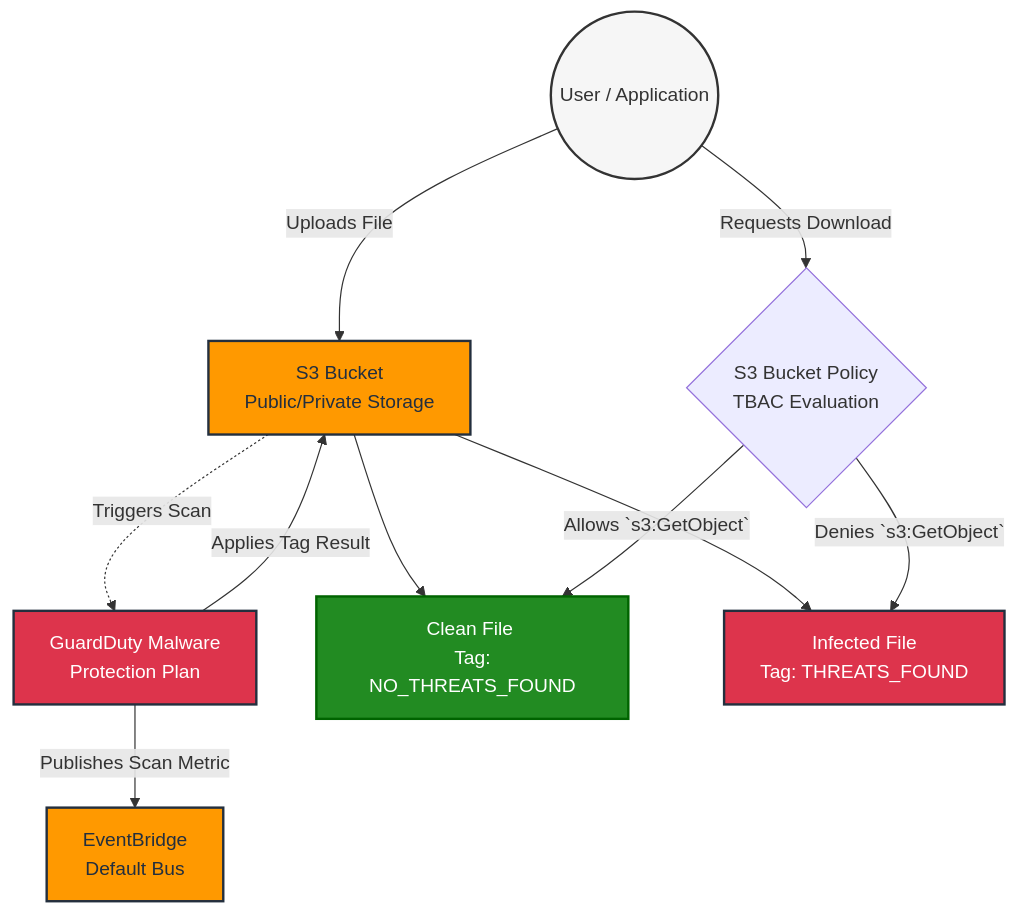
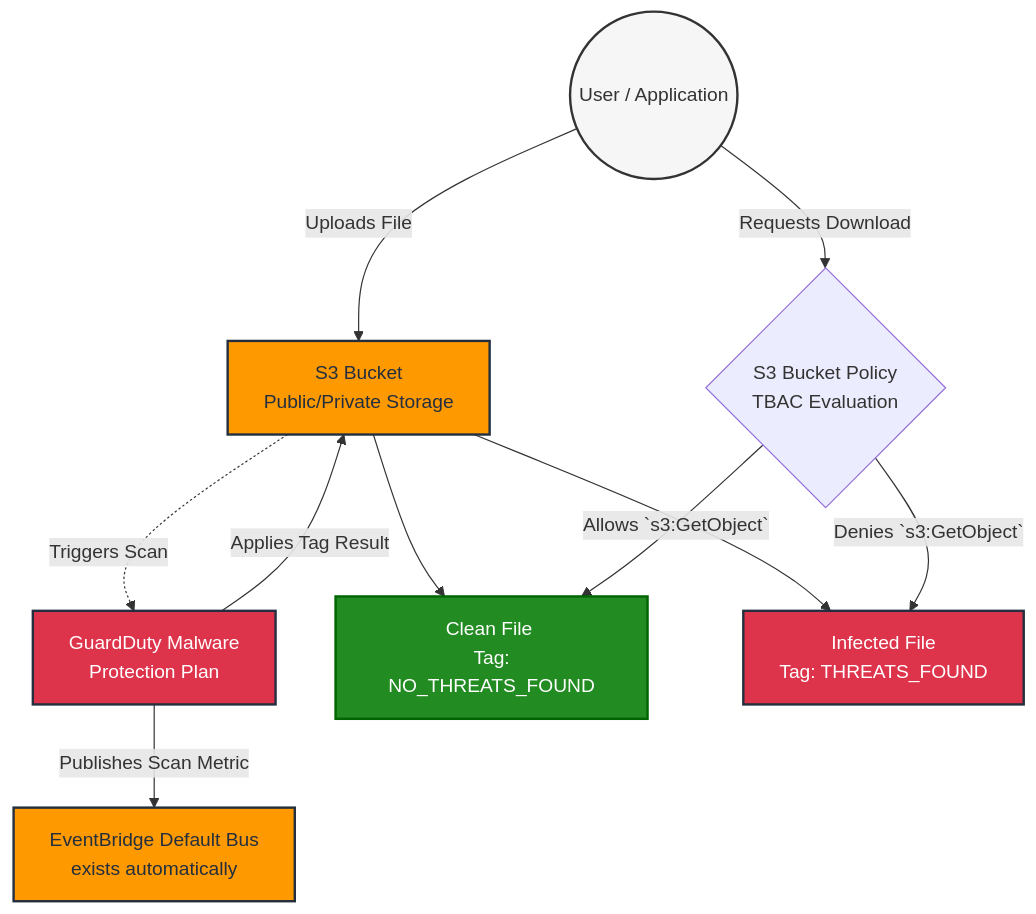
One commit to dbl-works/terraform changed the seventh of 7 diagrams in aws/architecture.md. Above: the diagram before and after it, drawn with Mermaid. The commit also changed 1 other file, not shown here.

````diff
--- a/aws/architecture.md
+++ b/aws/architecture.md
@@ -265,30 +265,30 @@
 ```mermaid
 flowchart TD
     classDef aws fill:#FF9900,stroke:#232F3E,stroke-width:2px,color:#232F3E;
     classDef external fill:#f6f6f6,stroke:#333,stroke-width:2px;
     classDef security fill:#DD344C,stroke:#232F3E,stroke-width:2px,color:#fff;
     classDef clean fill:#228B22,stroke:#006400,stroke-width:2px,color:#fff;
 
     User((User / Application)):::external
     S3[S3 Bucket <br/> Public/Private Storage]:::aws
     
     GD[GuardDuty Malware <br/> Protection Plan]:::security
-    EventBus[EventBridge <br/> Default Bus]:::aws
+    EventBus[EventBridge Default Bus <br/> exists automatically]:::aws
     
     TBAC{S3 Bucket Policy <br/> TBAC Evaluation}
     CleanFile[Clean File <br/> Tag: NO_THREATS_FOUND]:::clean
     InfectedFile[Infected File <br/> Tag: THREATS_FOUND]:::security
     
     User -- "Uploads File" --> S3
     S3 -. "Triggers Scan" .-> GD
     
     GD -- "Publishes Scan Metric" --> EventBus
     GD -- "Applies Tag Result" --> S3
     
     S3 --> CleanFile
     S3 --> InfectedFile
     
     User -- "Requests Download" --> TBAC
     TBAC -- "Allows `s3:GetObject`" --> CleanFile
     TBAC -- "Denies `s3:GetObject`" --> InfectedFile
 ```
````
